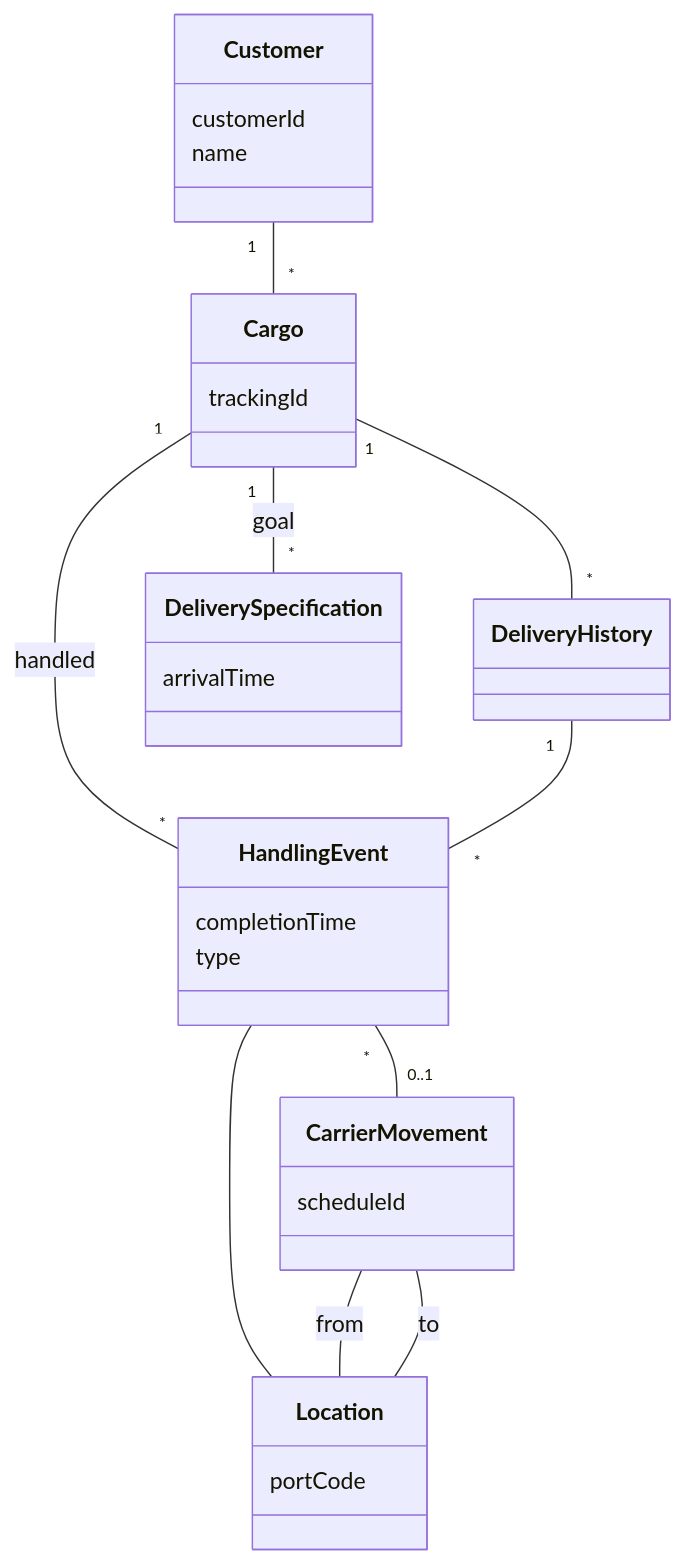
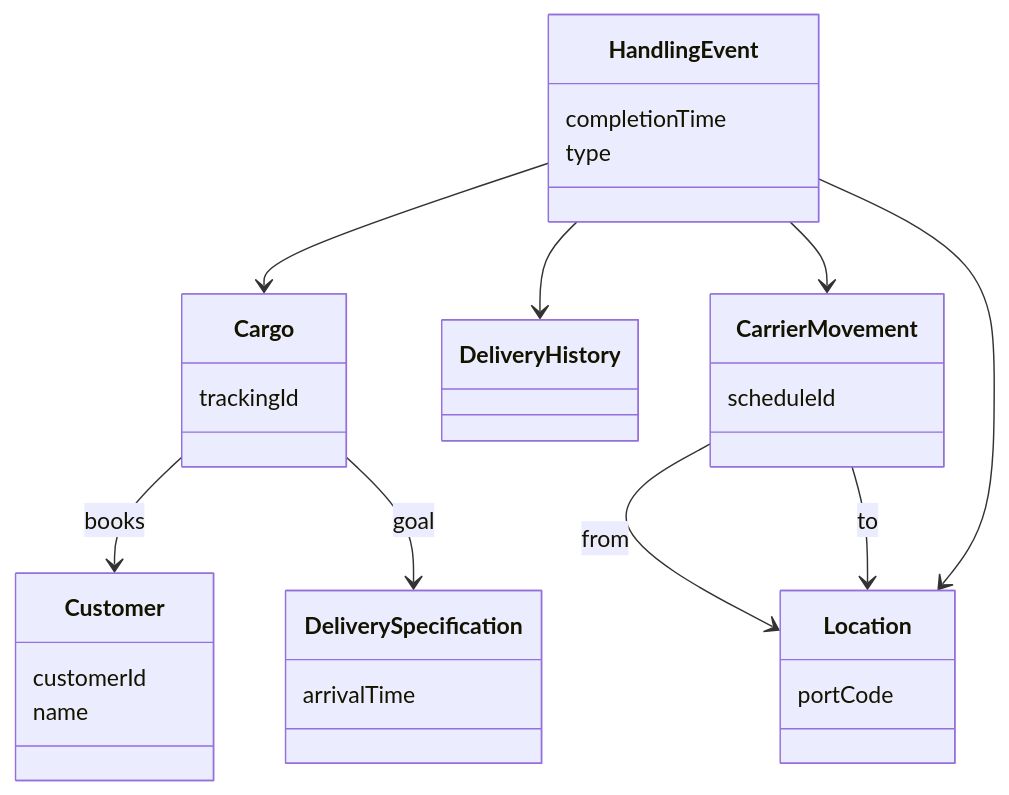
Before and after one commit to peterramaldes/cs: the diagram in docs/architecture/01-design.md, drawn with Mermaid.

Commit message:
docs: make all relationships directional with arrows

````diff
--- a/docs/architecture/01-design.md
+++ b/docs/architecture/01-design.md
@@ -5,41 +5,40 @@
 ```mermaid
 classDiagram
     class Customer {
         customerId
         name
     }
 
     class Cargo {
         trackingId
     }
 
     class DeliveryHistory {
     }
 
     class DeliverySpecification {
         arrivalTime
     }
 
     class HandlingEvent {
         completionTime
         type
     }
 
     class CarrierMovement {
         scheduleId
     }
 
     class Location {
         portCode
     }
 
-    Customer "1" -- "*" Cargo
-    Cargo "1" -- "*" DeliveryHistory
-    Cargo "1" -- "*" DeliverySpecification : goal
-    Cargo "1" -- "*" HandlingEvent : handled
-    DeliveryHistory "1" -- "*" HandlingEvent
-    HandlingEvent "*" -- "0..1" CarrierMovement
-    HandlingEvent -- Location
-    CarrierMovement -- Location : from
-    CarrierMovement -- Location : to
+    Cargo --> Customer : books
+    HandlingEvent --> Cargo
+    HandlingEvent --> DeliveryHistory
+    Cargo --> DeliverySpecification : goal
+    CarrierMovement --> Location : from
+    CarrierMovement --> Location : to
+    HandlingEvent --> CarrierMovement
+    HandlingEvent --> Location
 ```
````
